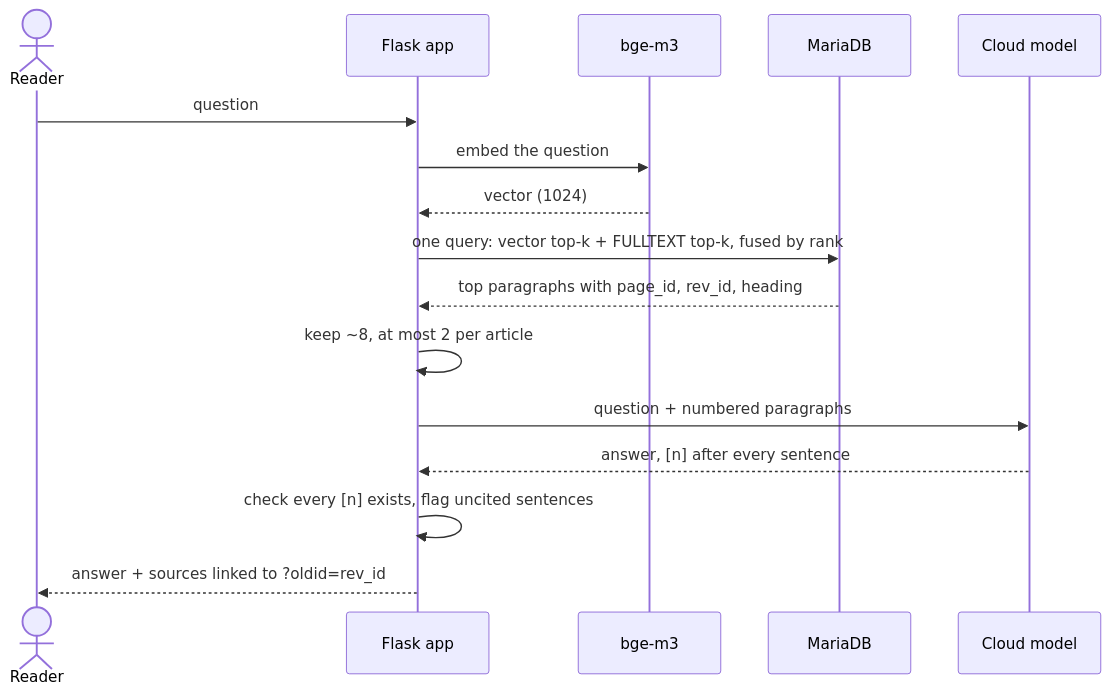
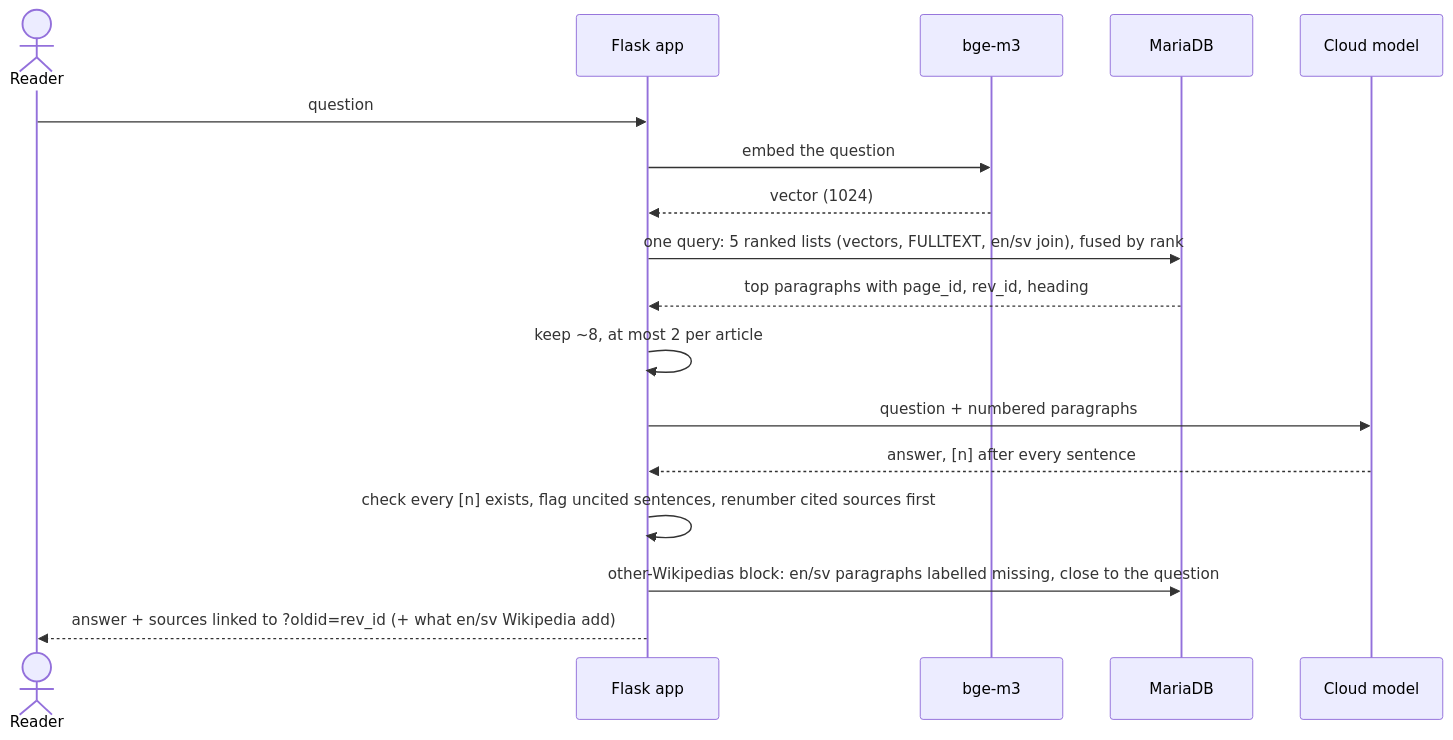
Before and after one commit to trietle145/kerros: the third of 4 diagrams in docs/architecture.md, drawn with Mermaid. The commit also changed other lines of this file and 4 other files, not shown here.

````diff
--- a/docs/architecture.md
+++ b/docs/architecture.md
@@ -251,18 +292,19 @@
 ```mermaid
 sequenceDiagram
   actor U as Reader
   participant W as Flask app
   participant E as bge-m3
   participant D as MariaDB
   participant L as Cloud model
   U->>W: question
   W->>E: embed the question
   E-->>W: vector (1024)
-  W->>D: one query: vector top-k + FULLTEXT top-k, fused by rank
+  W->>D: one query: 5 ranked lists (vectors, FULLTEXT, en/sv join), fused by rank
   D-->>W: top paragraphs with page_id, rev_id, heading
   W->>W: keep ~8, at most 2 per article
   W->>L: question + numbered paragraphs
   L-->>W: answer, [n] after every sentence
-  W->>W: check every [n] exists, flag uncited sentences
-  W-->>U: answer + sources linked to ?oldid=rev_id
+  W->>W: check every [n] exists, flag uncited sentences, renumber cited sources first
+  W->>D: other-Wikipedias block: en/sv paragraphs labelled missing, close to the question
+  W-->>U: answer + sources linked to ?oldid=rev_id (+ what en/sv Wikipedia add)
 ```
````
